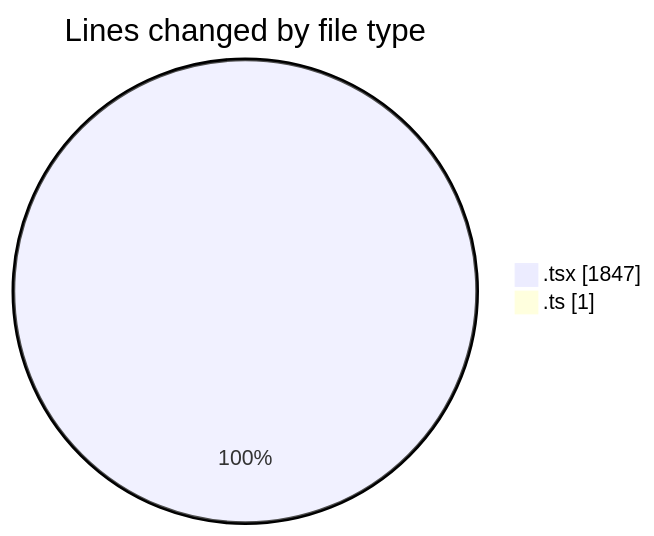
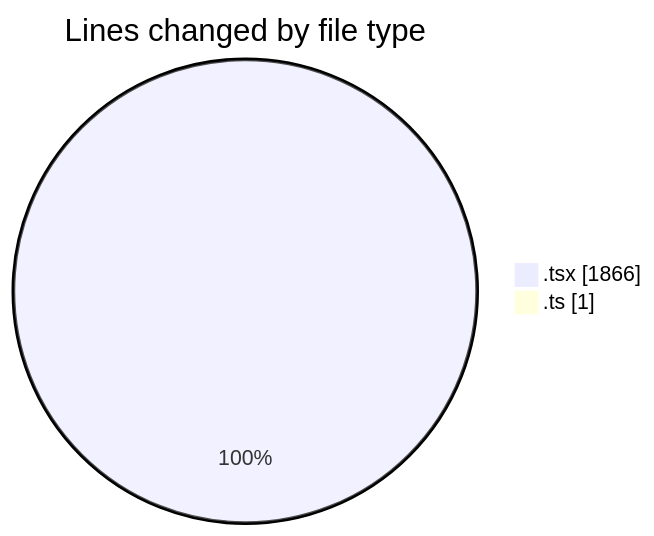
One commit to robertbonfada/code-tracking changed the first of 2 diagrams in 2025-03-08/mbc-web/README.md. Above: the diagram before and after it, drawn with Mermaid. The commit also changed other lines of this file and 1 other file, not shown here.

````diff
--- a/2025-03-08/mbc-web/README.md
+++ b/2025-03-08/mbc-web/README.md
@@ -28,6 +28,6 @@
 ```mermaid
 pie showData
 title Lines changed by file type
-".tsx" : 1847
+".tsx" : 1866
 ".ts" : 1
 ```
````
